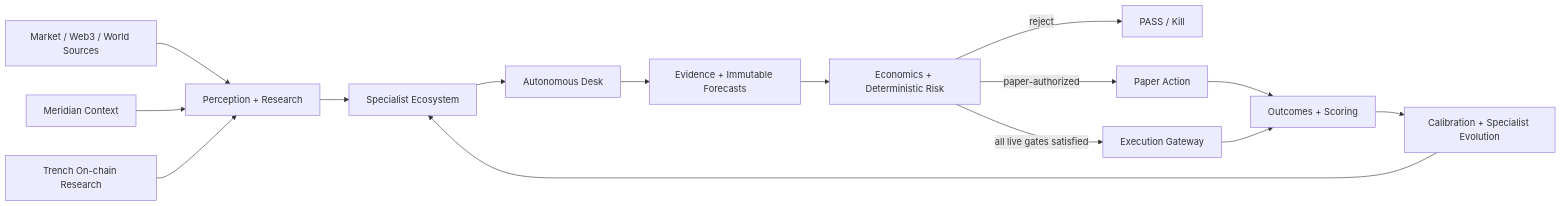
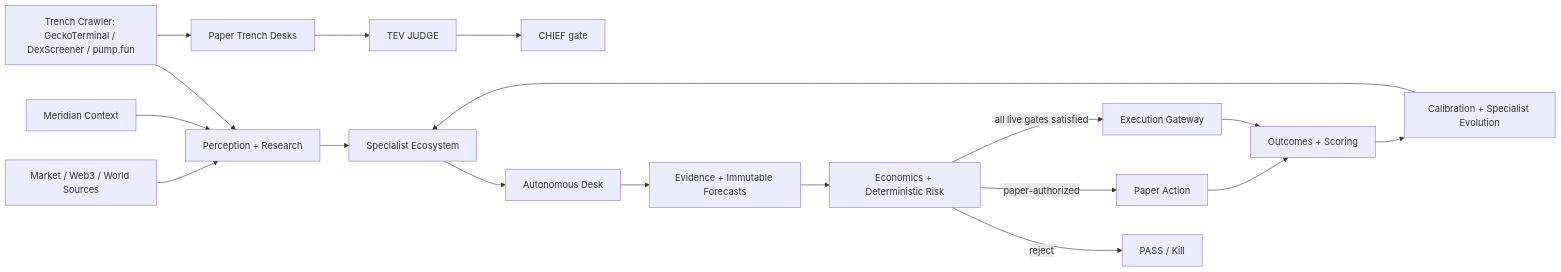
One commit to gryszzz/NOEMA changed the diagram in README.md. Above: the diagram before and after it, drawn with Mermaid. The commit also changed other lines of this file and 5 other files, not shown here.

Commit message:
docs: refresh README for TEV trading room, venues, desks, ladder, fail-closed flags; add banner + screenshots; mark Render legacy

````diff
--- a/README.md
+++ b/README.md
@@ -99,20 +195,21 @@
 ```mermaid
 flowchart LR
     A[Market / Web3 / World Sources] --> B[Perception + Research]
     M[Meridian Context] --> B
-    T[Trench On-chain Research] --> B
+    T[Trench Crawler: GeckoTerminal / DexScreener / pump.fun] --> B
+    T --> TD[Paper Trench Desks] --> J[TEV JUDGE] --> K[CHIEF gate]
 
     B --> C[Specialist Ecosystem]
     C --> D[Autonomous Desk]
     D --> E[Evidence + Immutable Forecasts]
     E --> F[Economics + Deterministic Risk]
 
     F -->|reject| P[PASS / Kill]
     F -->|paper-authorized| Q[Paper Action]
     F -->|all live gates satisfied| G[Execution Gateway]
 
     Q --> H[Outcomes + Scoring]
     G --> H
     H --> I[Calibration + Specialist Evolution]
     I --> C
 ```
````
